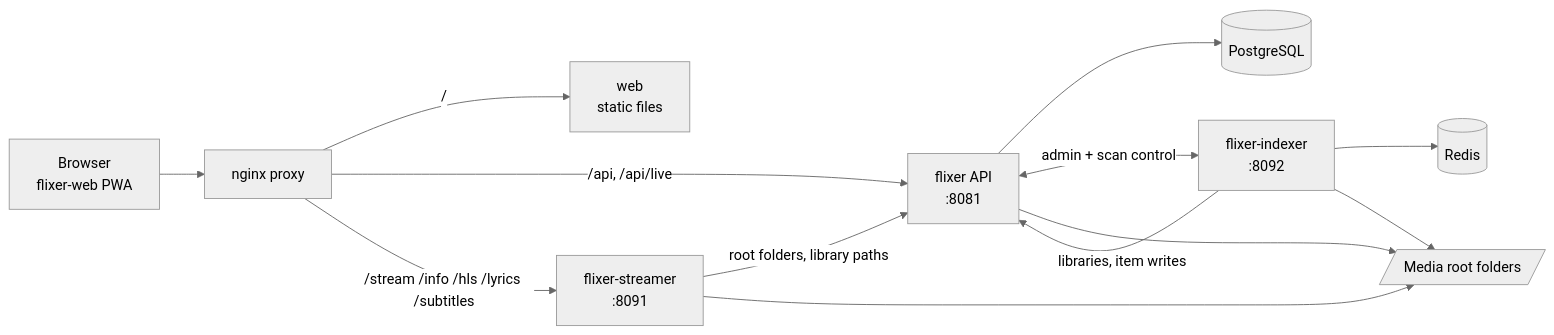
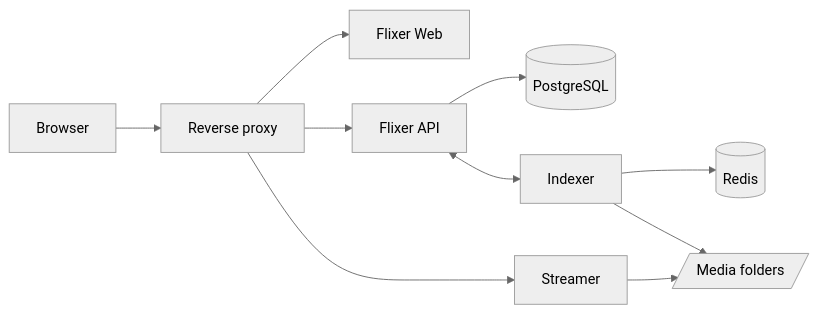
One commit to flixermedia/flixer-docs changed the diagram in docs/architecture/overview.md. Above: the diagram before and after it, drawn with Mermaid (neutral theme). The commit also changed other lines of this file and 35 other files, not shown here.

````diff
--- a/docs/architecture/overview.md
+++ b/docs/architecture/overview.md
@@ -9,25 +14,22 @@
 ```mermaid
 flowchart LR
-  Browser["Browser<br/>flixer-web PWA"]
-  Proxy["nginx proxy"]
-  Web["web<br/>static files"]
-  API["flixer API<br/>:8081"]
-  Streamer["flixer-streamer<br/>:8091"]
-  Indexer["flixer-indexer<br/>:8092"]
-  PG[("PostgreSQL")]
+  Browser["Browser"]
+  Proxy["Reverse proxy"]
+  Web["Flixer Web"]
+  API["Flixer API"]
+  Streamer["Streamer"]
+  Indexer["Indexer"]
+  DB[("PostgreSQL")]
   Redis[("Redis")]
-  Media[/"Media root folders"/]
+  Media[/"Media folders"/]
 
   Browser --> Proxy
-  Proxy -->|"/"| Web
-  Proxy -->|"/api, /api/live"| API
-  Proxy -->|"/stream /info /hls /lyrics /subtitles"| Streamer
-  API --> PG
-  API <-->|"admin + scan control"| Indexer
-  Indexer -->|"libraries, item writes"| API
+  Proxy --> Web
+  Proxy --> API
+  Proxy --> Streamer
+  API --> DB
+  API <--> Indexer
   Indexer --> Redis
-  Streamer -->|"root folders, library paths"| API
+  Indexer --> Media
   Streamer --> Media
-  Indexer --> Media
-  API --> Media
 ```
````
